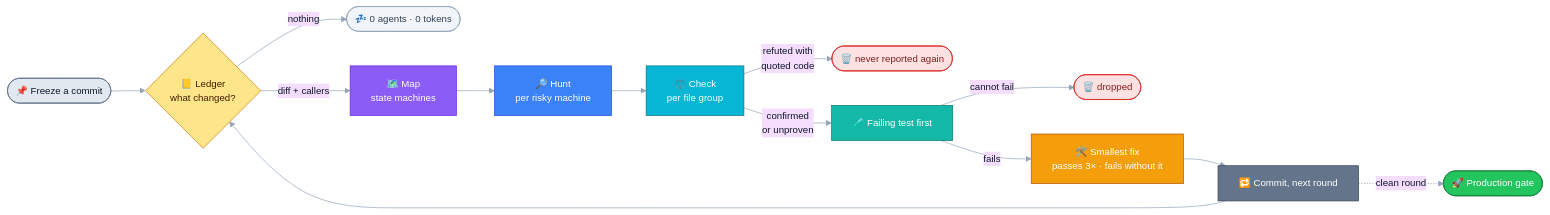
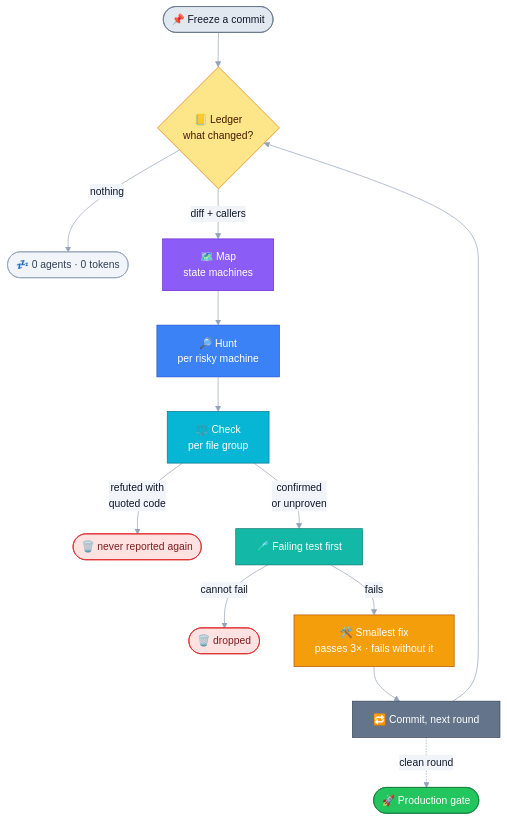
One commit to ashusnapx/prodgate changed the diagram in README.md. Above: the diagram before and after it, drawn with Mermaid. The commit also changed other lines of this file, not shown here.

Commit message:
README diagram reads top to bottom, and every badge loads
- How it works: the pipeline diagram runs vertically, so its text is readable
- Badges: a static skills.sh badge until its install counter catches up
- Run preview: the refuted line fits the width

````diff
--- a/README.md
+++ b/README.md
@@ -65,24 +65,24 @@
 ```mermaid
-%%{init: {'theme':'base','themeVariables':{'fontFamily':'-apple-system, Segoe UI, Helvetica, sans-serif','fontSize':'14px','lineColor':'#94A3B8','primaryTextColor':'#0F172A'}}}%%
-flowchart LR
+%%{init: {'theme':'base','themeVariables':{'fontFamily':'-apple-system, Segoe UI, Helvetica, sans-serif','fontSize':'15px','lineColor':'#94A3B8','primaryTextColor':'#0F172A','edgeLabelBackground':'#F1F5F9'}}}%%
+flowchart TD
   A([📌 Freeze a commit]):::freeze --> B{📒 Ledger<br/>what changed?}:::ledger
   B -- nothing --> Z([💤 0 agents · 0 tokens]):::zero
   B -- diff + callers --> C[🗺️ Map<br/>state machines]:::map --> D[🔎 Hunt<br/>per risky machine]:::hunt --> E[⚖️ Check<br/>per file group]:::check
   E -- refuted with<br/>quoted code --> Y([🗑️ never reported again]):::drop
   E -- confirmed<br/>or unproven --> F[🧪 Failing test first]:::prove
   F -- cannot fail --> X([🗑️ dropped]):::drop
   F -- fails --> G[🛠️ Smallest fix<br/>passes 3× · fails without it]:::fix
   G --> H[🔁 Commit, next round]:::loop --> B
   H -. clean round .-> I([🚀 Production gate]):::gate
   classDef freeze fill:#E2E8F0,stroke:#64748B,color:#0F172A
   classDef ledger fill:#FDE68A,stroke:#D97706,color:#451A03
   classDef zero fill:#F1F5F9,stroke:#94A3B8,color:#334155
   classDef map fill:#8B5CF6,stroke:#6D28D9,color:#FFFFFF
   classDef hunt fill:#3B82F6,stroke:#1D4ED8,color:#FFFFFF
   classDef check fill:#06B6D4,stroke:#0E7490,color:#FFFFFF
   classDef prove fill:#14B8A6,stroke:#0F766E,color:#FFFFFF
   classDef fix fill:#F59E0B,stroke:#B45309,color:#FFFFFF
   classDef loop fill:#64748B,stroke:#334155,color:#FFFFFF
   classDef gate fill:#22C55E,stroke:#15803D,color:#FFFFFF
   classDef drop fill:#FEE2E2,stroke:#DC2626,color:#7F1D1D
 ```
````
